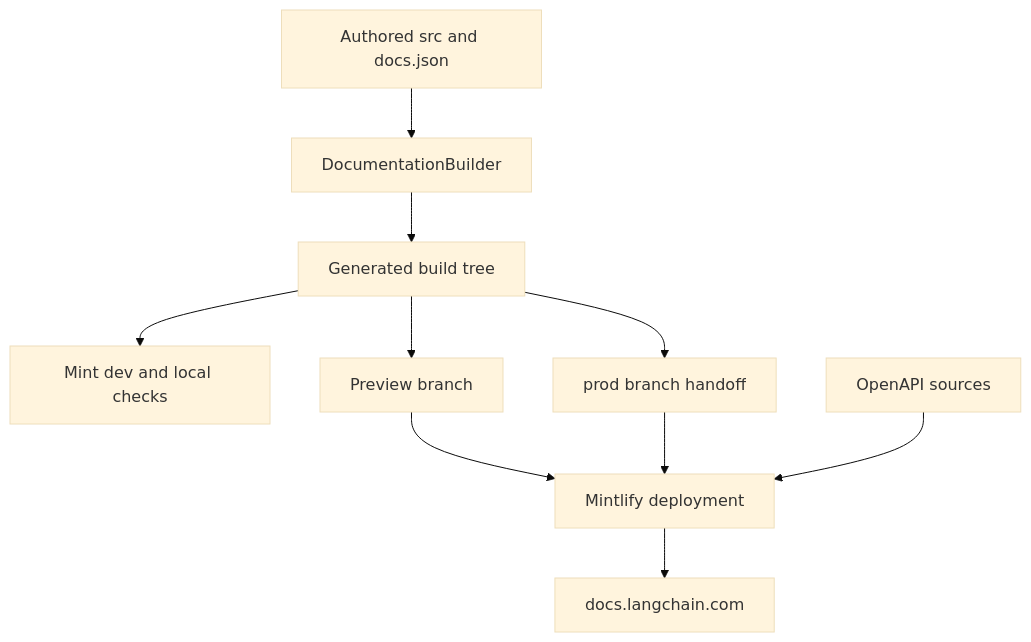
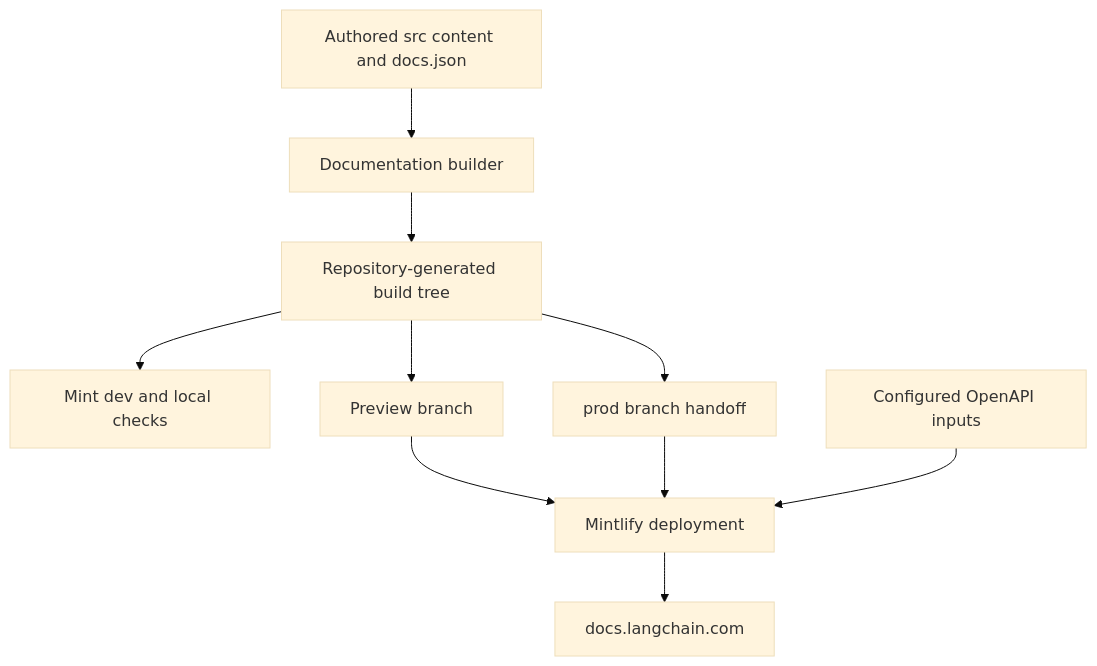
Before and after one commit to langchain-ai/docs: the diagram in openwiki/integrations/mintlify.md, drawn with Mermaid (base theme). The commit also changed other lines of this file and 13 other files, not shown here.

````diff
--- a/openwiki/integrations/mintlify.md
+++ b/openwiki/integrations/mintlify.md
@@ -49,12 +49,12 @@
 ```mermaid
 flowchart TD
-    Source["Authored src and docs.json"] --> Builder["DocumentationBuilder"]
-    Builder --> Build["Generated build tree"]
+    Source["Authored src content and docs.json"] --> Builder["Documentation builder"]
+    Builder --> Build["Repository-generated build tree"]
     Build --> Local["Mint dev and local checks"]
     Build --> Preview["Preview branch"]
     Build --> Prod["prod branch handoff"]
     Preview --> Mint["Mintlify deployment"]
     Prod --> Mint
-    Specs["OpenAPI sources"] --> Mint
+    OpenAPI["Configured OpenAPI inputs"] --> Mint
     Mint --> Site["docs.langchain.com"]
 ```
````
